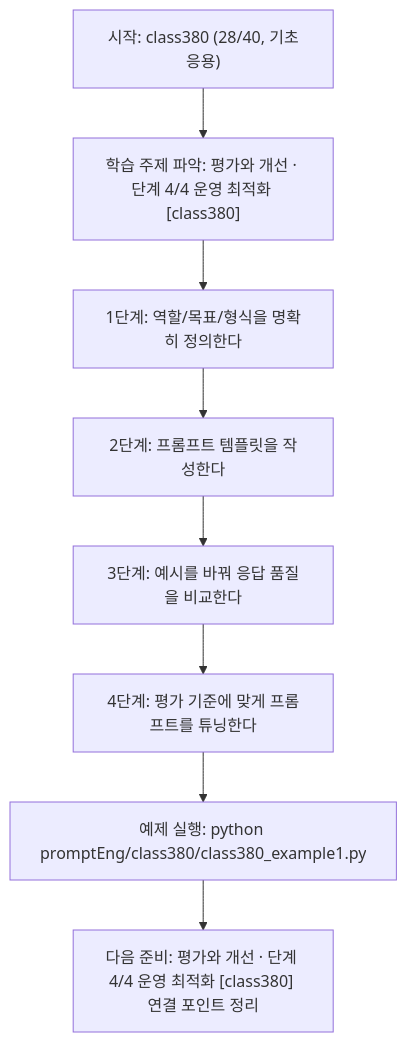
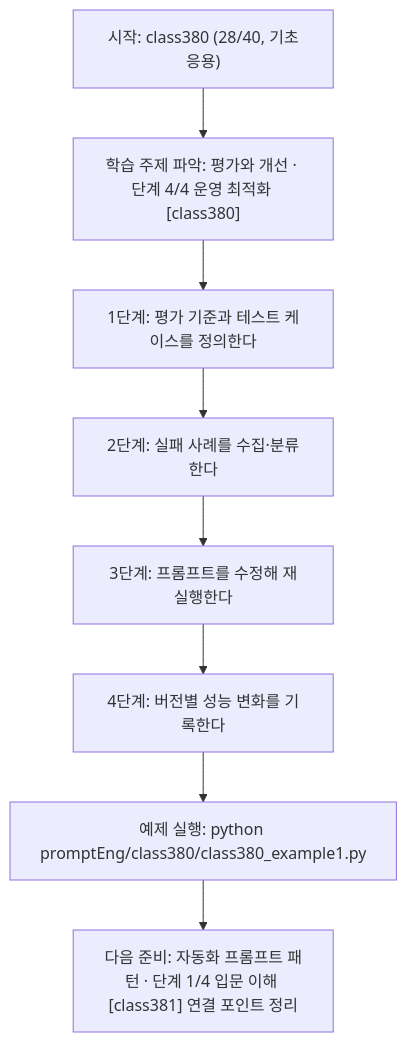
One commit to edumgt/Python-AI_Agent-Class changed the diagram in promptEng/class380/class380.md. Above: the diagram before and after it, drawn with Mermaid. The commit also changed other lines of this file and 283 other files, not shown here.

````diff
--- a/promptEng/class380/class380.md
+++ b/promptEng/class380/class380.md
@@ -109,18 +91,18 @@
 ```mermaid
 flowchart TD
 N1["시작: class380 (28/40, 기초응용)"]
 N2["학습 주제 파악: 평가와 개선 · 단계 4/4 운영 최적화 [class380]"]
-N3["1단계: 역할/목표/형식을 명확히 정의한다"]
-N4["2단계: 프롬프트 템플릿을 작성한다"]
-N5["3단계: 예시를 바꿔 응답 품질을 비교한다"]
-N6["4단계: 평가 기준에 맞게 프롬프트를 튜닝한다"]
+N3["1단계: 평가 기준과 테스트 케이스를 정의한다"]
+N4["2단계: 실패 사례를 수집·분류한다"]
+N5["3단계: 프롬프트를 수정해 재실행한다"]
+N6["4단계: 버전별 성능 변화를 기록한다"]
 N7["예제 실행: python promptEng/class380/class380_example1.py"]
-N8["다음 준비: 평가와 개선 · 단계 4/4 운영 최적화 [class380] 연결 포인트 정리"]
+N8["다음 준비: 자동화 프롬프트 패턴 · 단계 1/4 입문 이해 [class381] 연결 포인트 정리"]
 N1 --> N2
 N2 --> N3
 N3 --> N4
 N4 --> N5
 N5 --> N6
 N6 --> N7
 N7 --> N8
 ```
````
